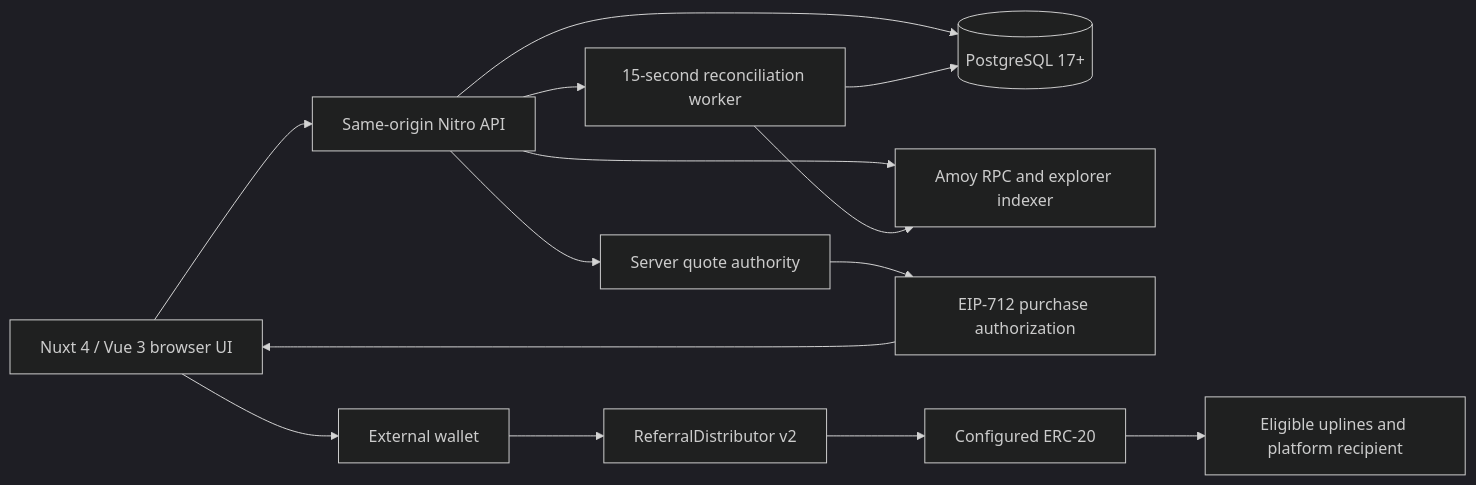
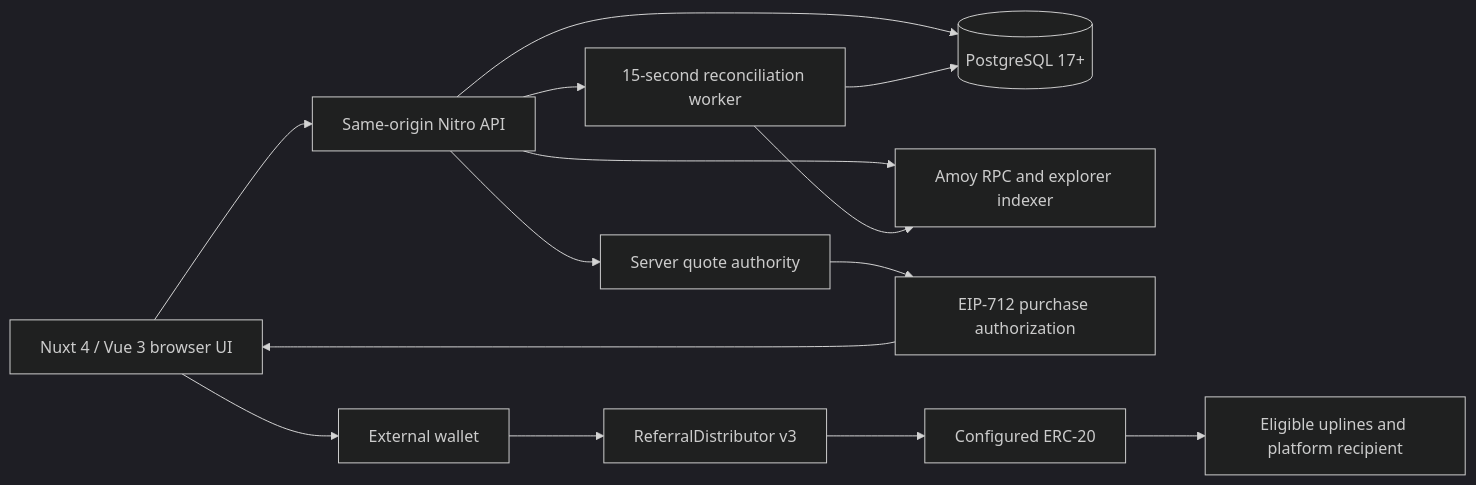
One commit to KkyJim12/affiliate-platform changed the diagram in docs/en/system-guide.md. Above: the diagram before and after it, drawn with Mermaid (dark theme). The commit also changed other lines of this file and 33 other files, not shown here.

````diff
--- a/docs/en/system-guide.md
+++ b/docs/en/system-guide.md
@@ -28,16 +28,16 @@
 ```mermaid
 flowchart LR
   UI[Nuxt 4 / Vue 3 browser UI] --> API[Same-origin Nitro API]
   UI --> EW[External wallet]
   API --> DB[(PostgreSQL 17+)]
   API --> RPC[Amoy RPC and explorer indexer]
   API --> AUTH[Server quote authority]
   AUTH --> Q[EIP-712 purchase authorization]
   Q --> UI
-  EW --> CONTRACT[ReferralDistributor v2]
+  EW --> CONTRACT[ReferralDistributor v3]
   CONTRACT --> TOKEN[Configured ERC-20]
   TOKEN --> RECIPIENTS[Eligible uplines and platform recipient]
   API --> WORKER[15-second reconciliation worker]
   WORKER --> RPC
   WORKER --> DB
 ```
````
